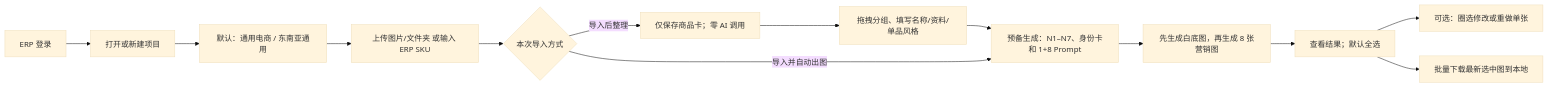
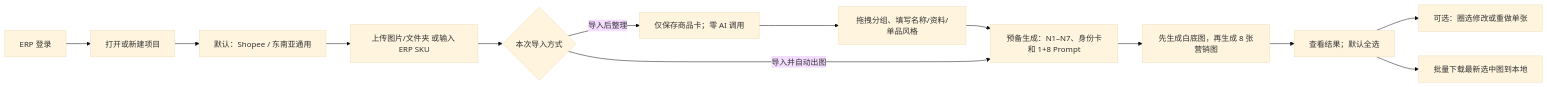
The diagram in docs/project/REQUIREMENTS-BOUNDARY-CONFIRMATION.md (yuanZhang7777777/picturesGeneratePlatform), drawn with Mermaid (base theme) before and after one commit. The commit also changed other lines of this file and 7 other files, not shown here.

````diff
--- a/docs/project/REQUIREMENTS-BOUNDARY-CONFIRMATION.md
+++ b/docs/project/REQUIREMENTS-BOUNDARY-CONFIRMATION.md
@@ -18,15 +18,15 @@
 ```mermaid
 flowchart LR
   A["ERP 登录"] --> B["打开或新建项目"]
-  B --> C["默认：通用电商 / 东南亚通用"]
+  B --> C["默认：Shopee / 东南亚通用"]
   C --> D["上传图片/文件夹 或输入 ERP SKU"]
   D --> E{"本次导入方式"}
   E -->|"导入后整理"| F["仅保存商品卡；零 AI 调用"]
   F --> G["拖拽分组、填写名称/资料/单品风格"]
   G --> H["预备生成：N1–N7、身份卡和 1+8 Prompt"]
   E -->|"导入并自动出图"| H
   H --> I["先生成白底图，再生成 8 张营销图"]
   I --> J["查看结果；默认全选"]
   J --> K["可选：圈选修改或重做单张"]
   J --> L["批量下载最新选中图到本地"]
 ```
````
